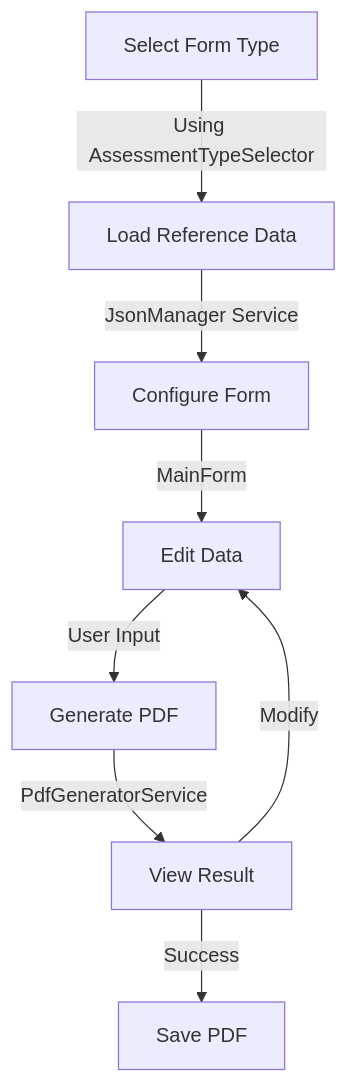
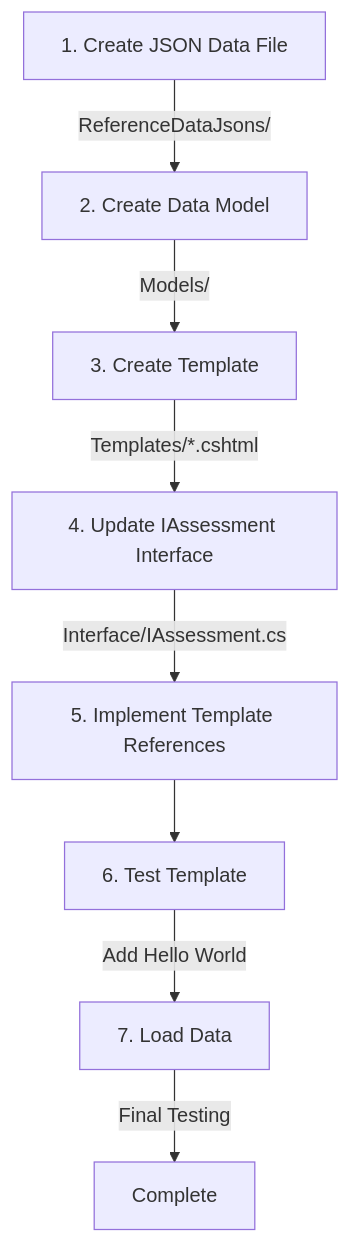
Before and after one commit to samwow13/ITextGUIEditor: the diagram in README.md, drawn with Mermaid. The commit also changed other lines of this file, not shown here.

````diff
--- a/README.md
+++ b/README.md
@@ -26,10 +5,10 @@
 ```mermaid
 graph TD
-    A[Select Form Type] -->|Using AssessmentTypeSelector| B[Load Reference Data]
-    B -->|JsonManager Service| C[Configure Form]
-    C -->|MainForm| D[Edit Data]
-    D -->|User Input| E[Generate PDF]
-    E -->|PdfGeneratorService| F[View Result]
-    F -->|Success| G[Save PDF]
-    F -->|Modify| D
+    A[1. Create JSON Data File] -->|ReferenceDataJsons/| B[2. Create Data Model]
+    B -->|Models/| C[3. Create Template]
+    C -->|Templates/*.cshtml| D[4. Update IAssessment Interface]
+    D -->|Interface/IAssessment.cs| E[5. Implement Template References]
+    E --> F[6. Test Template]
+    F -->|Add Hello World| G[7. Load Data]
+    G -->|Final Testing| H[Complete]
 ```
````
